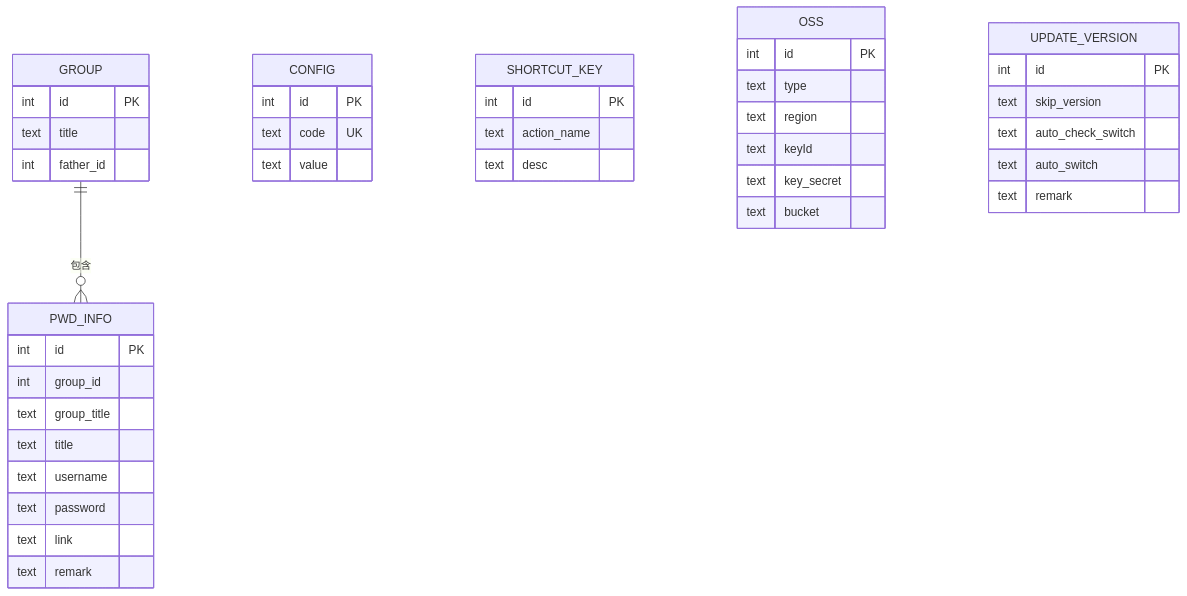
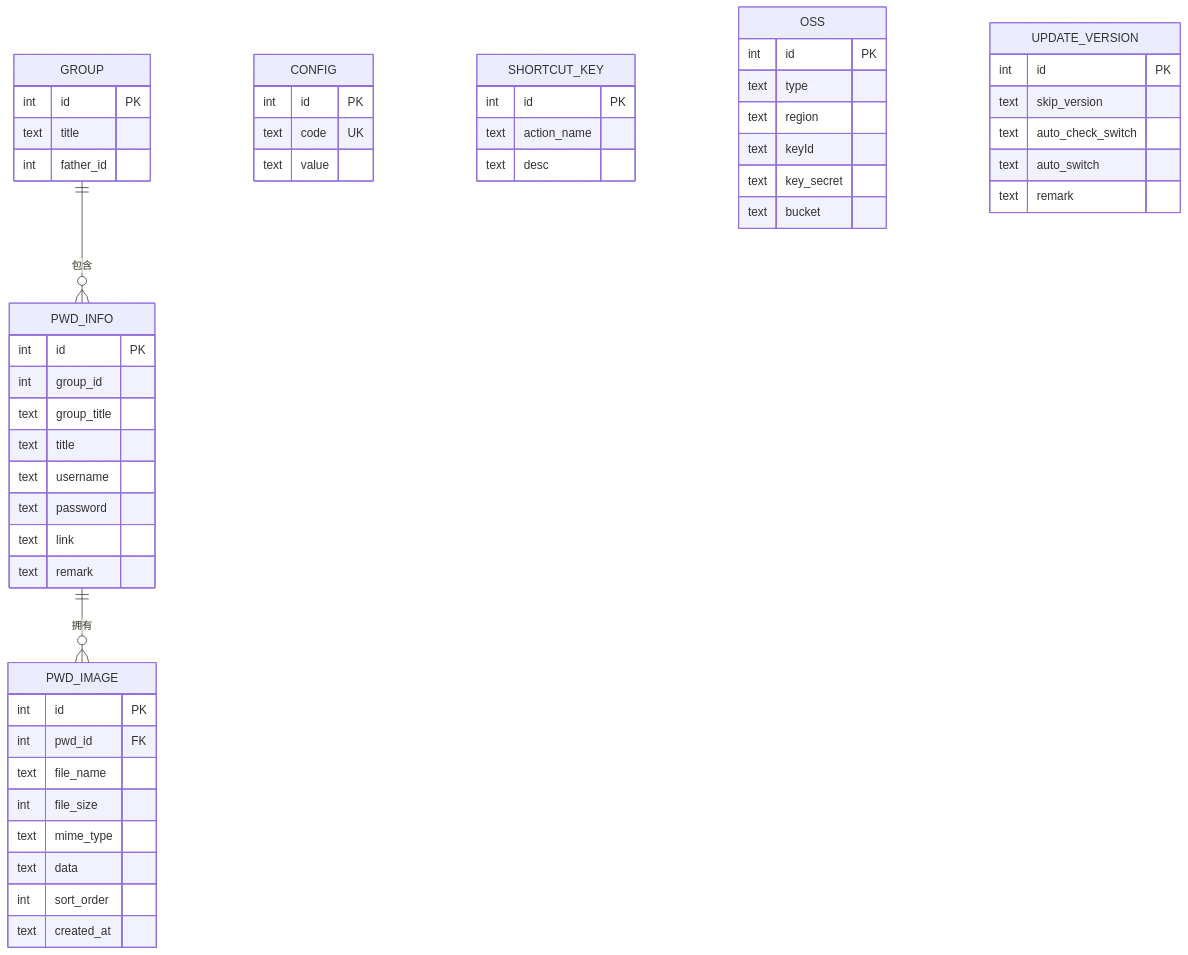
The fourth of 6 diagrams in .qoder/repowiki/zh/content/架构设计/数据库层架构/数据库层架构.md (scgithub3220216/password-manager), drawn with Mermaid before and after one commit. The commit also changed other lines of this file and 9 other files, not shown here.

First line of the commit message:
feat(sync): 新增图像数据同步支持

````diff
--- a/.qoder/repowiki/zh/content/架构设计/数据库层架构/数据库层架构.md
+++ b/.qoder/repowiki/zh/content/架构设计/数据库层架构/数据库层架构.md
@@ -233,44 +267,55 @@
 ```mermaid
 erDiagram
 GROUP {
 int id PK
 text title
 int father_id
 }
 PWD_INFO {
 int id PK
 int group_id
 text group_title
 text title
 text username
 text password
 text link
 text remark
 }
 CONFIG {
 int id PK
 text code UK
 text value
 }
 SHORTCUT_KEY {
 int id PK
 text action_name
 text desc
 }
 OSS {
 int id PK
 text type
 text region
 text keyId
 text key_secret
 text bucket
 }
+PWD_IMAGE {
+int id PK
+int pwd_id FK
+text file_name
+int file_size
+text mime_type
+text data
+int sort_order
+text created_at
+}
 UPDATE_VERSION {
 int id PK
 text skip_version
 text auto_check_switch
 text auto_switch
 text remark
 }
 GROUP ||--o{ PWD_INFO : "包含"
+PWD_INFO ||--o{ PWD_IMAGE : "拥有"
 ```
````
